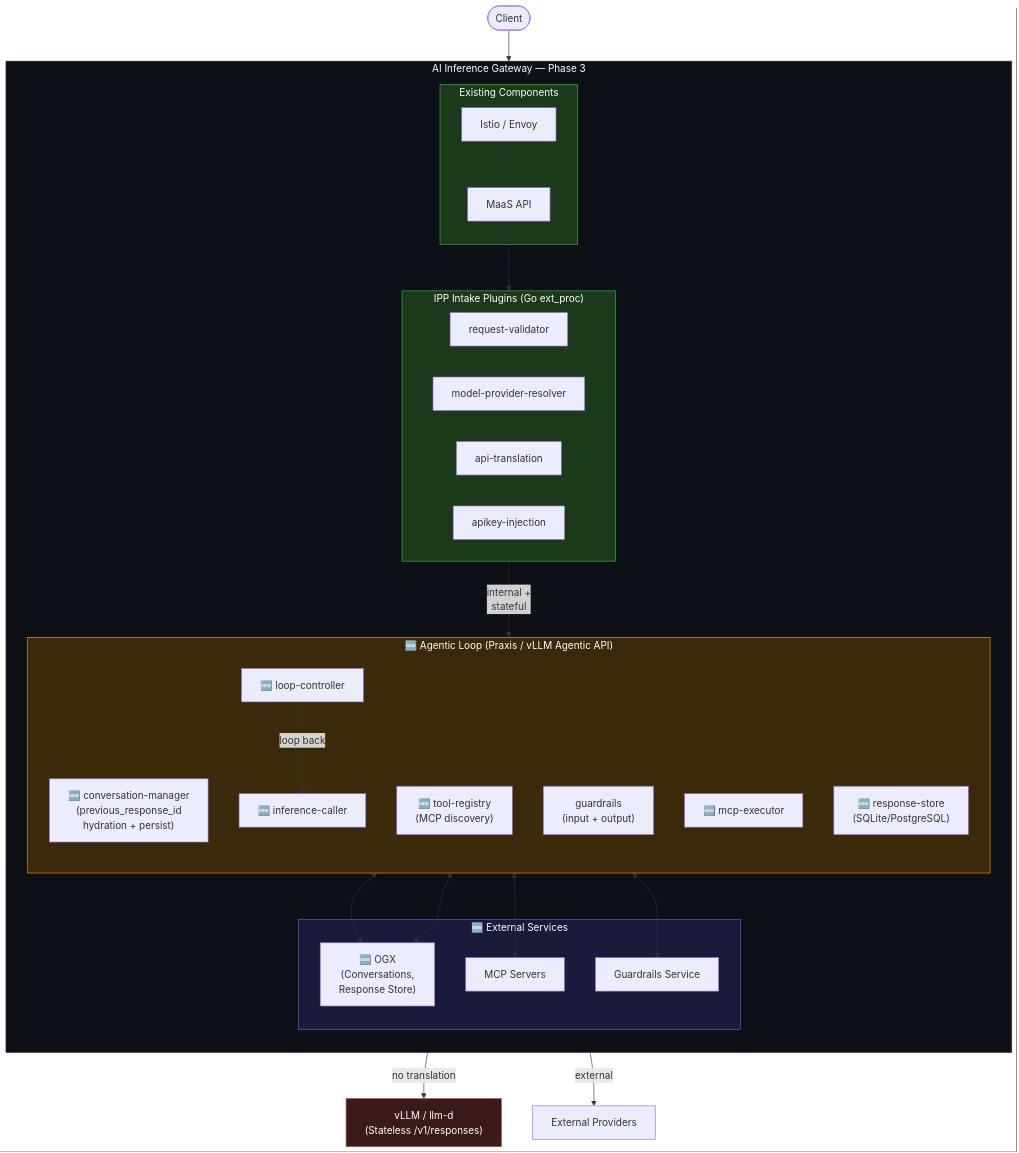
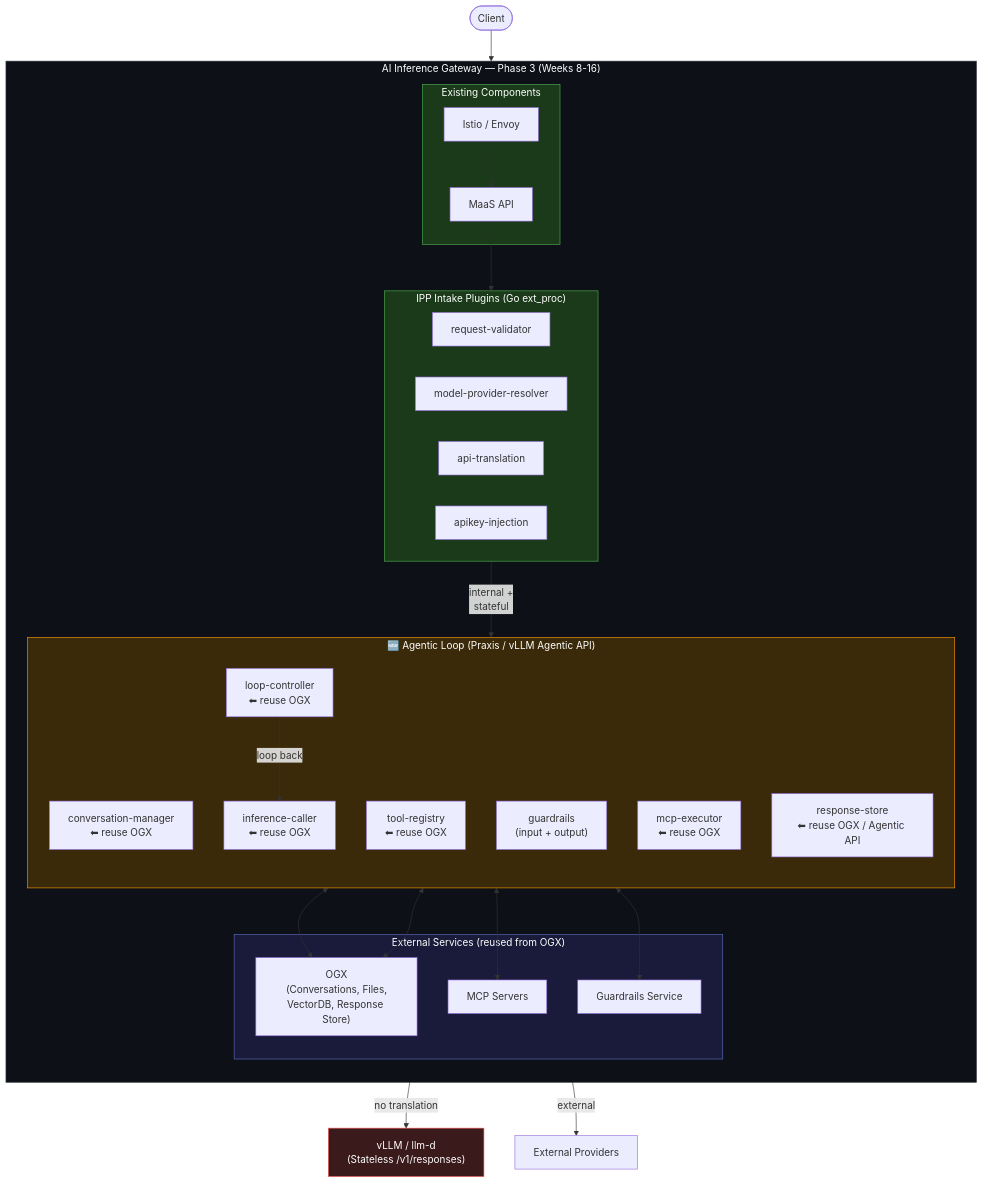
One commit to noyitz/ai-gateway-docs changed the seventh of 8 diagrams in responses-api/responses-api-architecture-plan.md. Above: the diagram before and after it, drawn with Mermaid. The commit also changed other lines of this file, not shown here.

Commit message:
Compress timeline from 6 months to 4 months, reflect OGX reuse in Phase 3

````diff
--- a/responses-api/responses-api-architecture-plan.md
+++ b/responses-api/responses-api-architecture-plan.md
@@ -635,59 +635,59 @@
 ```mermaid
 graph TB
     Client([Client])
 
-    subgraph GW["AI Inference Gateway — Phase 3"]
+    subgraph GW["AI Inference Gateway — Phase 3 (Weeks 8-16)"]
         direction TB
 
         subgraph Existing["Existing Components"]
             Proxy["Istio / Envoy"]
             MaaS["MaaS API"]
         end
 
         subgraph IPP["IPP Intake Plugins (Go ext_proc)"]
             direction LR
             rv["request-validator"]
             mpr["model-provider-resolver"]
             at["api-translation"]
             ak["apikey-injection"]
         end
 
         subgraph AL["🆕 Agentic Loop (Praxis / vLLM Agentic API)"]
             direction TB
-            cm["🆕 conversation-manager<br/>(previous_response_id<br/>hydration + persist)"]
-            tr["🆕 tool-registry<br/>(MCP discovery)"]
+            cm["conversation-manager<br/>⬅ reuse OGX"]
+            tr["tool-registry<br/>⬅ reuse OGX"]
             guard["guardrails<br/>(input + output)"]
-            ic["🆕 inference-caller"]
-            lc["🆕 loop-controller"]
-            mcp_exec["🆕 mcp-executor"]
-            rs["🆕 response-store<br/>(SQLite/PostgreSQL)"]
+            ic["inference-caller<br/>⬅ reuse OGX"]
+            lc["loop-controller<br/>⬅ reuse OGX"]
+            mcp_exec["mcp-executor<br/>⬅ reuse OGX"]
+            rs["response-store<br/>⬅ reuse OGX / Agentic API"]
         end
 
-        subgraph ExtSvc["🆕 External Services"]
-            OGX["🆕 OGX<br/>(Conversations,<br/>Response Store)"]
+        subgraph ExtSvc["External Services (reused from OGX)"]
+            OGX["OGX<br/>(Conversations, Files,<br/>VectorDB, Response Store)"]
             MCP["MCP Servers"]
             NeMo["Guardrails Service"]
         end
     end
 
     vLLM["vLLM / llm-d<br/>(Stateless /v1/responses)"]
     ExtProv["External Providers"]
 
     Client --> Proxy --> MaaS --> IPP
     IPP -- "internal +<br/>stateful" --> AL
     IPP -- "external" --> ExtProv
 
     cm <--> OGX
     rs <--> OGX
     mcp_exec <--> MCP
     guard <--> NeMo
     ic -- "no translation" --> vLLM
     lc -- "loop back" --> ic
 
     style Existing fill:#1a3a1a,stroke:#4CAF50,color:#fff
     style IPP fill:#1a3a1a,stroke:#4CAF50,color:#fff
     style AL fill:#3a2a0a,stroke:#FF9800,color:#fff
     style ExtSvc fill:#1a1a3a,stroke:#5C6BC0,color:#fff
     style vLLM fill:#3a1a1a,stroke:#EF5350,color:#fff
     style GW fill:#0d1117,stroke:#30363d,color:#fff
 ```
````
